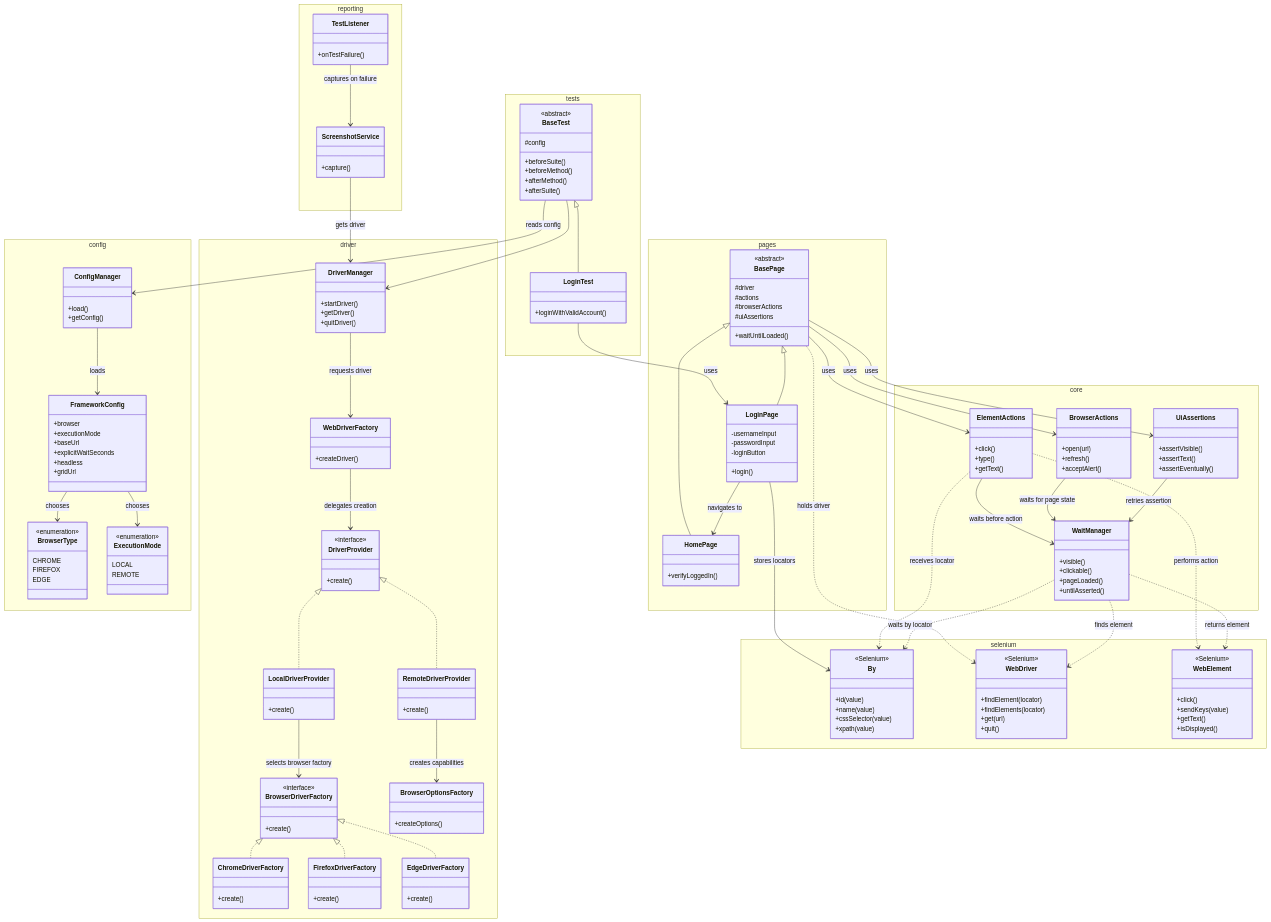
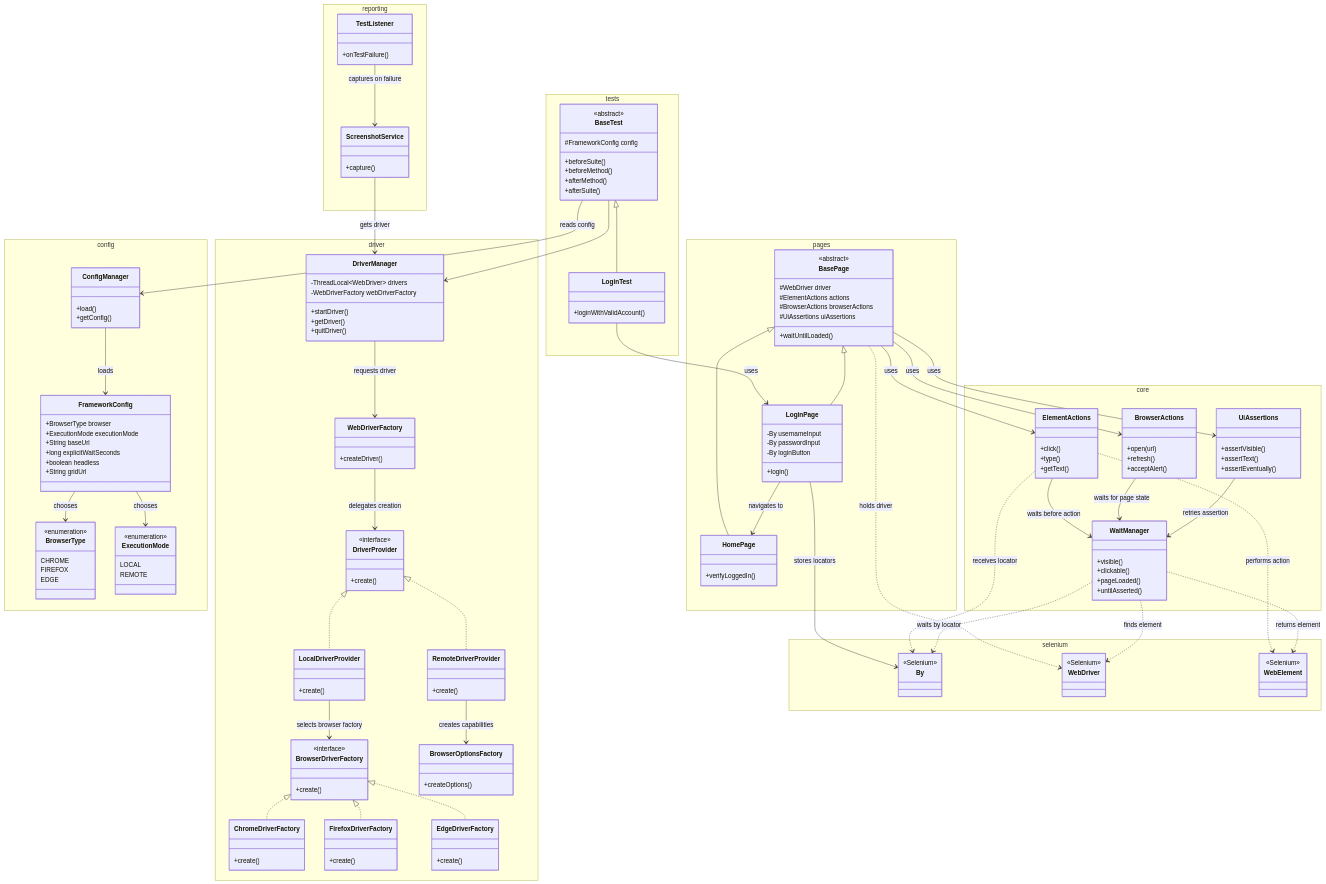
The diagram in Sele3-2026-08-19-171921.md (trungdang0512/selenium-java-level3-2026), drawn with Mermaid before and after one commit. The commit also changed 1 other file, not shown here.

Commit message:
update class diagram

````diff
--- a/Sele3-2026-08-19-171921.md
+++ b/Sele3-2026-08-19-171921.md
@@ -3,178 +3,168 @@
 classDiagram
 
 namespace config {
-class BrowserType {
-<<enumeration>>
-CHROME
-FIREFOX
-EDGE
-}
+  class BrowserType {
+    <<enumeration>>
+    CHROME
+    FIREFOX
+    EDGE
+  }
 
-class ExecutionMode {
-<<enumeration>>
-LOCAL
-REMOTE
-}
+  class ExecutionMode {
+    <<enumeration>>
+    LOCAL
+    REMOTE
+  }
 
-class FrameworkConfig {
-+browser
-+executionMode
-+baseUrl
-+explicitWaitSeconds
-+headless
-+gridUrl
-}
+  class FrameworkConfig {
+    +BrowserType browser
+    +ExecutionMode executionMode
+    +String baseUrl
+    +long explicitWaitSeconds
+    +boolean headless
+    +String gridUrl
+  }
 
-class ConfigManager {
-+load()
-+getConfig()
-}
+  class ConfigManager {
+    +load()
+    +getConfig()
+  }
 }
 
 namespace driver {
-class DriverManager {
-+startDriver()
-+getDriver()
-+quitDriver()
-}
+  class DriverManager {
+    -ThreadLocal~WebDriver~ drivers
+    -WebDriverFactory webDriverFactory
+    +startDriver() 
+    +getDriver() 
+    +quitDriver() 
+  }
 
-class WebDriverFactory {
-+createDriver()
-}
+  class WebDriverFactory {
+    +createDriver()
+  }
 
-class DriverProvider {
-<<interface>>
-+create()
-}
+  class DriverProvider {
+    <<interface>>
+    +create()
+  }
 
-class LocalDriverProvider {
-+create()
-}
+  class LocalDriverProvider {
+    +create()
+  }
 
-class RemoteDriverProvider {
-+create()
-}
+  class RemoteDriverProvider {
+    +create()
+  }
 
-class BrowserDriverFactory {
-<<interface>>
-+create()
-}
+  class BrowserDriverFactory {
+    <<interface>>
+    +create()
+  }
 
-class ChromeDriverFactory {
-+create()
-}
+  class ChromeDriverFactory {
+    +create()
+  }
 
-class FirefoxDriverFactory {
-+create()
-}
+  class FirefoxDriverFactory {
+    +create()
+  }
 
-class EdgeDriverFactory {
-+create()
-}
+  class EdgeDriverFactory {
+    +create()
+  }
 
-class BrowserOptionsFactory {
-+createOptions()
-}
+  class BrowserOptionsFactory {
+    +createOptions()
+  }
 }
 
 namespace selenium {
-class By {
-<<Selenium>>
-+id(value)
-+name(value)
-+cssSelector(value)
-+xpath(value)
-}
+  class By {
+    <<Selenium>>
+  }
 
-class WebDriver {
-<<Selenium>>
-+findElement(locator)
-+findElements(locator)
-+get(url)
-+quit()
-}
+  class WebDriver {
+    <<Selenium>>
+  }
 
-class WebElement {
-<<Selenium>>
-+click()
-+sendKeys(value)
-+getText()
-+isDisplayed()
-}
+  class WebElement {
+    <<Selenium>>
+  }
 }
 
 namespace core {
-class WaitManager {
-+visible()
-+clickable()
-+pageLoaded()
-+untilAsserted()
-}
+  class WaitManager {
+    +visible()
+    +clickable()
+    +pageLoaded()
+    +untilAsserted()
+  }
 
-class ElementActions {
-+click()
-+type()
-+getText()
-}
+  class ElementActions {
+    +click()
+    +type()
+    +getText()
+  }
 
-class BrowserActions {
-+open(url)
-+refresh()
-+acceptAlert()
-}
+  class BrowserActions {
+    +open(url)
+    +refresh()
+    +acceptAlert()
+  }
 
-class UiAssertions {
-+assertVisible()
-+assertText()
-+assertEventually()
-}
+  class UiAssertions {
+    +assertVisible()
+    +assertText()
+    +assertEventually()
+  }
 }
 
 namespace pages {
-class BasePage {
-<<abstract>>
-#driver
-#actions
-#browserActions
-#uiAssertions
-+waitUntilLoaded()
-}
+  class BasePage {
+    <<abstract>>
+    #WebDriver driver
+    #ElementActions actions
+    #BrowserActions browserActions
+    #UiAssertions uiAssertions
+    +waitUntilLoaded() 
+  }
 
-class LoginPage {
--usernameInput
--passwordInput
--loginButton
-+login()
-}
+  class LoginPage {
+    -By usernameInput
+    -By passwordInput
+    -By loginButton
+    +login() 
+  }
 
-class HomePage {
-+verifyLoggedIn()
-}
+  class HomePage {
+    +verifyLoggedIn()
+  }
 }
 
 namespace tests {
-class BaseTest {
-<<abstract>>
-#config
-+beforeSuite()
-+beforeMethod()
-+afterMethod()
-+afterSuite()
-}
+  class BaseTest {
+    <<abstract>>
+    #FrameworkConfig config
+    +beforeSuite()
+    +beforeMethod()
+    +afterMethod()
+    +afterSuite()
+  }
 
-class LoginTest {
-+loginWithValidAccount()
-}
+  class LoginTest {
+    +loginWithValidAccount()
+  }
 }
 
 namespace reporting {
-class TestListener {
-+onTestFailure()
-}
+  class TestListener {
+    +onTestFailure()
+  }
 
-class ScreenshotService {
-+capture()
-}
+  class ScreenshotService {
+    +capture()
+  }
 }
 
 ConfigManager --> FrameworkConfig : loads
@@ -224,5 +214,4 @@
 
 TestListener --> ScreenshotService : captures on failure
 ScreenshotService --> DriverManager : gets driver
-
 ```
````
